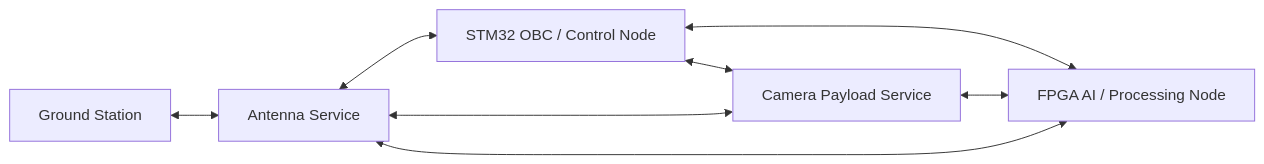
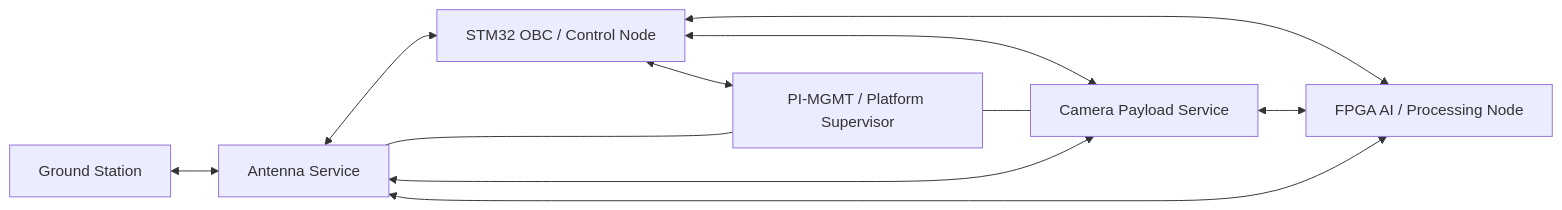
Before and after one commit to ExoSpaceLabs/exn: the first of 4 diagrams in docs/architecture.md, drawn with Mermaid. The commit also changed other lines of this file, not shown here.

Commit message:
docs(exn): show Pi management endpoint in architecture

````diff
--- a/docs/architecture.md
+++ b/docs/architecture.md
@@ -24,16 +24,20 @@
 ```mermaid
 graph LR
   GS[Ground Station]
   OBC[STM32 OBC / Control Node]
   CAM[Camera Payload Service]
   ANT[Antenna Service]
+  PM[PI-MGMT / Platform Supervisor]
   FPGA[FPGA AI / Processing Node]
 
   GS <--> ANT
   ANT <--> OBC
   OBC <--> CAM
+  OBC <--> PM
   OBC <--> FPGA
+  PM --- CAM
+  PM --- ANT
   CAM <--> FPGA
   CAM <--> ANT
   FPGA <--> ANT
 ```
````
